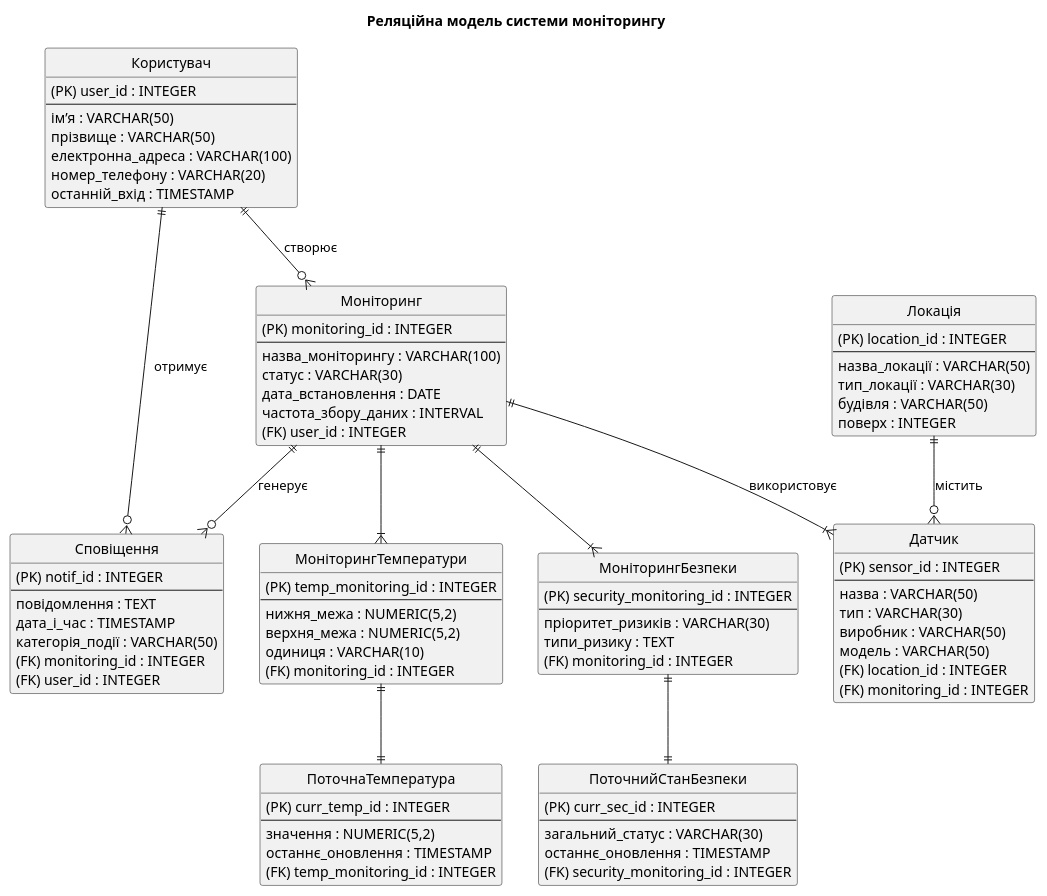
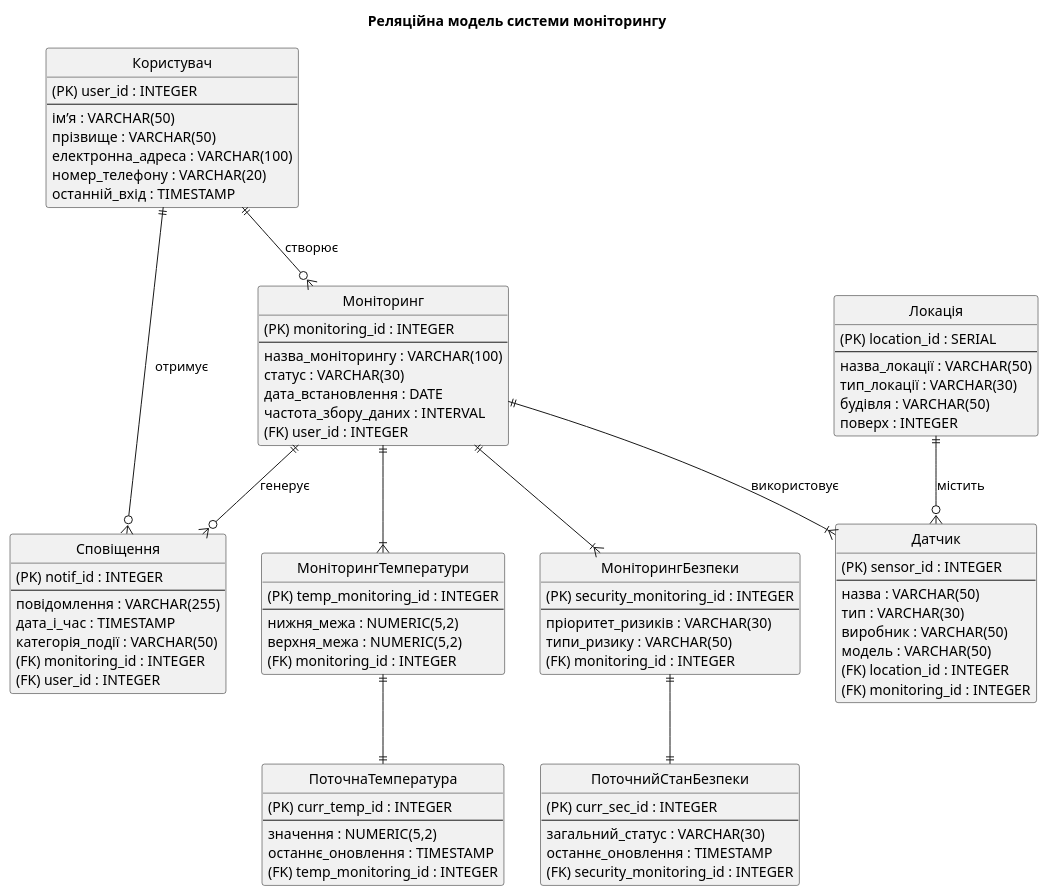
Before and after one commit to Julik52/NFR_Files: the diagram in RelLogicalSchema.puml, drawn with PlantUML.

```diff
--- a/RelLogicalSchema.puml
+++ b/RelLogicalSchema.puml
@@ -1,100 +1,99 @@
 @startuml
 title Реляційна модель системи моніторингу
 
 hide circle
 
 entity "Користувач" as user {
   (PK) user_id : INTEGER 
   --
   ім’я : VARCHAR(50)
   прізвище : VARCHAR(50)
   електронна_адреса : VARCHAR(100)
   номер_телефону : VARCHAR(20)
   останній_вхід : TIMESTAMP
 }
 
 entity "Моніторинг" as monitoring {
   (PK) monitoring_id : INTEGER
   --
   назва_моніторингу : VARCHAR(100)
   статус : VARCHAR(30)
   дата_встановлення : DATE
   частота_збору_даних : INTERVAL
   (FK) user_id : INTEGER
 }
 
 entity "МоніторингТемператури" as tempMon {
   (PK) temp_monitoring_id : INTEGER
   --
   нижня_межа : NUMERIC(5,2)
   верхня_межа : NUMERIC(5,2)
-  одиниця : VARCHAR(10)
   (FK) monitoring_id : INTEGER
 }
 
 entity "МоніторингБезпеки" as secMon {
   (PK) security_monitoring_id : INTEGER
   --
   пріоритет_ризиків : VARCHAR(30)
-  типи_ризику : TEXT
+  типи_ризику : VARCHAR(50)
   (FK) monitoring_id : INTEGER
 }
 
 entity "ПоточнаТемпература" as currTemp {
   (PK) curr_temp_id : INTEGER
   --
   значення : NUMERIC(5,2)
   останнє_оновлення : TIMESTAMP
   (FK) temp_monitoring_id : INTEGER
 }
 
 entity "ПоточнийСтанБезпеки" as currSec {
   (PK) curr_sec_id : INTEGER
   --
   загальний_статус : VARCHAR(30)
   останнє_оновлення : TIMESTAMP
   (FK) security_monitoring_id : INTEGER
 }
 
 entity "Сповіщення" as notif {
   (PK) notif_id : INTEGER
   --
-  повідомлення : TEXT
+  повідомлення : VARCHAR(255)
   дата_і_час : TIMESTAMP
   категорія_події : VARCHAR(50)
   (FK) monitoring_id : INTEGER
   (FK) user_id : INTEGER
 }
 
 entity "Датчик" as sensor {
   (PK) sensor_id : INTEGER
   --
   назва : VARCHAR(50)
   тип : VARCHAR(30)
   виробник : VARCHAR(50)
   модель : VARCHAR(50)
   (FK) location_id : INTEGER
   (FK) monitoring_id : INTEGER
 }
 
 entity "Локація" as location {
-  (PK) location_id : INTEGER
+  (PK) location_id : SERIAL
   --
   назва_локації : VARCHAR(50)
   тип_локації : VARCHAR(30)
   будівля : VARCHAR(50)
   поверх : INTEGER
 }
 
 ' --- Зв’язки ---
 user ||--o{ monitoring : створює
 monitoring ||--|{ tempMon
 monitoring ||--|{ secMon
 tempMon ||--|| currTemp
 secMon ||--|| currSec
 monitoring ||--|{ sensor : використовує
 location ||--o{ sensor : містить
 monitoring ||--o{ notif : генерує
 user ||--o{ notif : отримує
 
 @enduml
```
